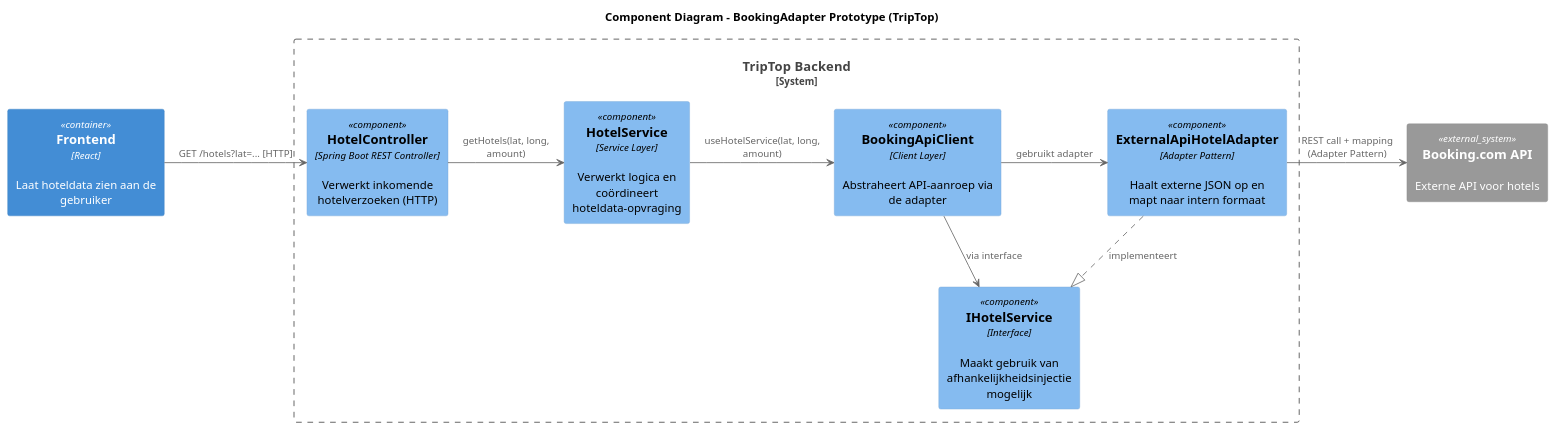
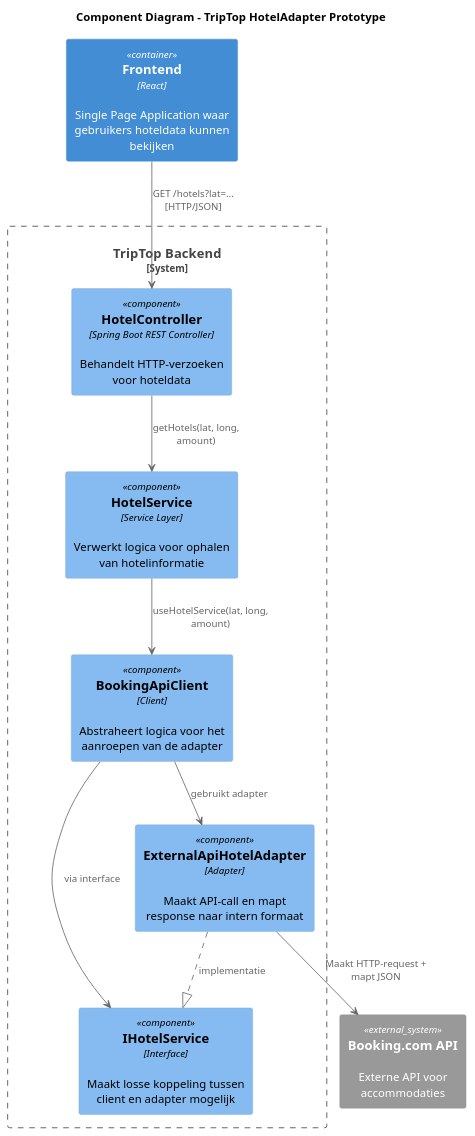
One commit to AIM-ENE-feb25/triptop-groep-3 changed the diagram in opdracht-diagrammen/Ontwerpvraag/C4 OntwerpVraag Tren/ComponentDiagramTren.puml. Above: the diagram before and after it, drawn with PlantUML. The commit also changed 1 other file, not shown here.

Commit message:
updated  sgb, component diagram

```diff
--- a/opdracht-diagrammen/Ontwerpvraag/C4 OntwerpVraag Tren/ComponentDiagramTren.puml
+++ b/opdracht-diagrammen/Ontwerpvraag/C4 OntwerpVraag Tren/ComponentDiagramTren.puml
@@ -1,28 +1,28 @@
 @startuml C4_Components
 !include https://raw.githubusercontent.com/plantuml-stdlib/C4-PlantUML/master/C4_Component.puml
 
-title Component Diagram – BookingAdapter Prototype (TripTop)
+title Component Diagram – TripTop HotelAdapter Prototype
 
-Container(Frontend, "Frontend", "React", "Laat hoteldata zien aan de gebruiker")
+Container(Frontend, "Frontend", "React", "Single Page Application waar gebruikers hoteldata kunnen bekijken")
 
 System_Boundary(Backend, "TripTop Backend") {
 
-  Component(HotelController, "HotelController", "Spring Boot REST Controller", "Verwerkt inkomende hotelverzoeken (HTTP)")
-  Component(HotelService, "HotelService", "Service Layer", "Verwerkt logica en coördineert hoteldata-opvraging")
-  Component(BookingApiClient, "BookingApiClient", "Client Layer", "Abstraheert API-aanroep via de adapter")
-  Component(ExternalApiHotelAdapter, "ExternalApiHotelAdapter", "Adapter Pattern", "Haalt externe JSON op en mapt naar intern formaat")
-  Component(IHotelService, "IHotelService", "Interface", "Maakt gebruik van afhankelijkheidsinjectie mogelijk")
+    Component(HotelController, "HotelController", "Spring Boot REST Controller", "Behandelt HTTP-verzoeken voor hoteldata")
+    Component(HotelService, "HotelService", "Service Layer", "Verwerkt logica voor ophalen van hotelinformatie")
+    Component(BookingApiClient, "BookingApiClient", "Client", "Abstraheert logica voor het aanroepen van de adapter")
+    Component(ExternalApiHotelAdapter, "ExternalApiHotelAdapter", "Adapter", "Maakt API-call en mapt response naar intern formaat")
+    Component(IHotelService, "IHotelService", "Interface", "Maakt losse koppeling tussen client en adapter mogelijk")
 }
 
-System_Ext(BookingAPI, "Booking.com API", "Externe API voor hotels")
+System_Ext(BookingAPI, "Booking.com API", "Externe API voor accommodaties")
 
 ' Relaties
-Frontend -> HotelController : "GET /hotels?lat=... [HTTP]"
-HotelController -> HotelService : "getHotels(lat, long, amount)"
-HotelService -> BookingApiClient : "useHotelService(lat, long, amount)"
-BookingApiClient -> IHotelService : "via interface"
-ExternalApiHotelAdapter ..|> IHotelService : implementeert
-BookingApiClient -> ExternalApiHotelAdapter : gebruikt adapter
-ExternalApiHotelAdapter -> BookingAPI : "REST call + mapping (Adapter Pattern)"
+Frontend --> HotelController : "GET /hotels?lat=... [HTTP/JSON]"
+HotelController --> HotelService : "getHotels(lat, long, amount)"
+HotelService --> BookingApiClient : "useHotelService(lat, long, amount)"
+BookingApiClient --> IHotelService : "via interface"
+ExternalApiHotelAdapter ..|> IHotelService : implementatie
+BookingApiClient --> ExternalApiHotelAdapter : gebruikt adapter
+ExternalApiHotelAdapter --> BookingAPI : "Maakt HTTP-request + mapt JSON"
 
 @enduml
```
